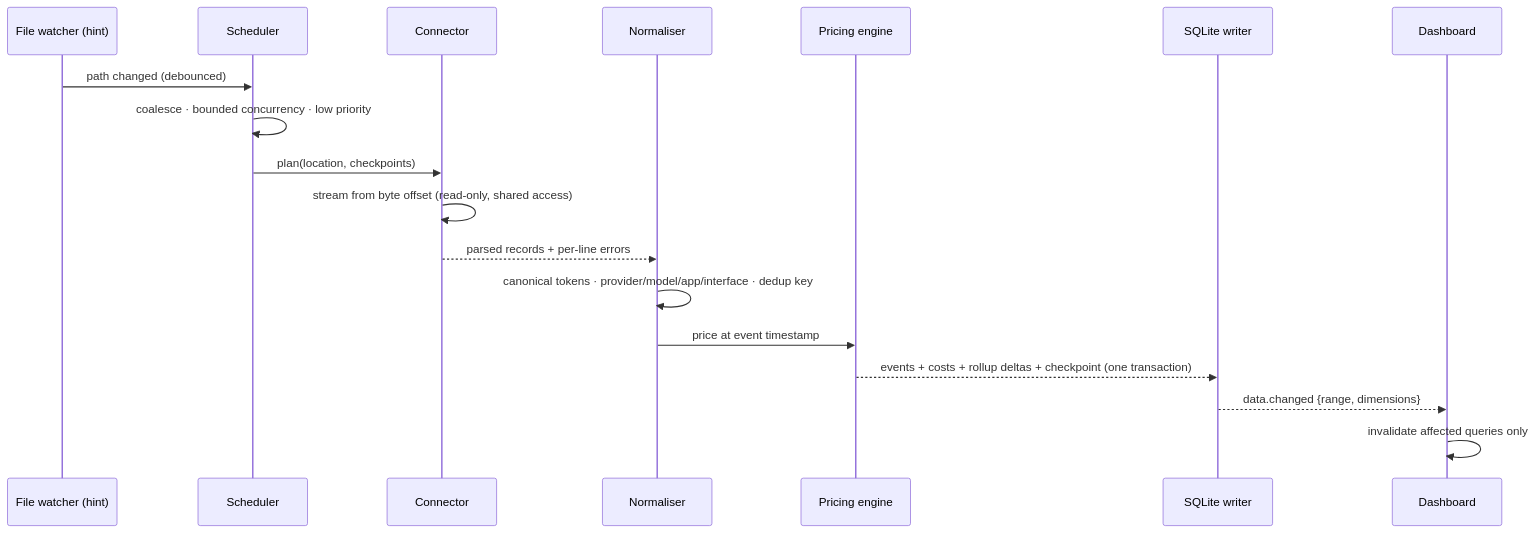
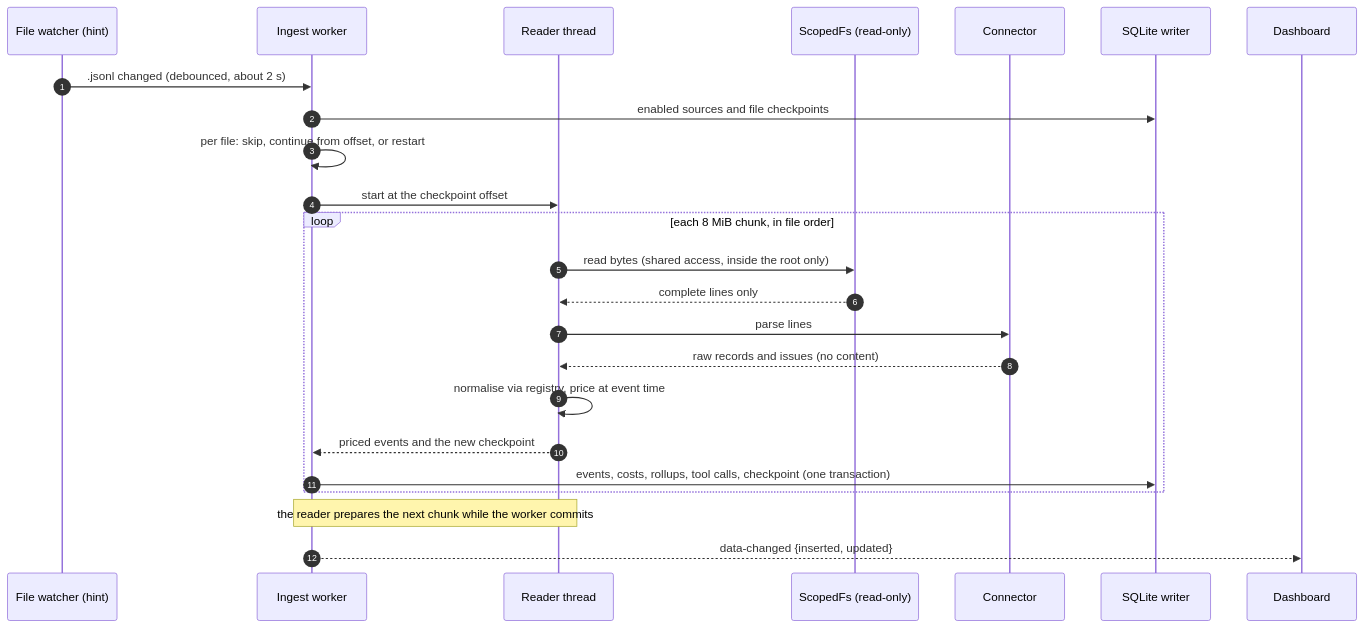
One commit to akanjb/VEYRA changed the eighth of 19 diagrams in README.md. Above: the diagram before and after it, drawn with Mermaid. The commit also changed other lines of this file and 6 other files, not shown here.

````diff
--- a/README.md
+++ b/README.md
@@ -311,20 +334,26 @@
 ```mermaid
 sequenceDiagram
+  autonumber
   participant W as File watcher (hint)
-  participant S as Scheduler
+  participant K as Ingest worker
+  participant R as Reader thread
+  participant FS as ScopedFs (read-only)
   participant C as Connector
-  participant N as Normaliser
-  participant P as Pricing engine
   participant DB as SQLite writer
   participant UI as Dashboard
-  W->>S: path changed (debounced)
-  S->>S: coalesce · bounded concurrency · low priority
-  S->>C: plan(location, checkpoints)
-  C->>C: stream from byte offset (read-only, shared access)
-  C-->>N: parsed records + per-line errors
-  N->>N: canonical tokens · provider/model/app/interface · dedup key
-  N->>P: price at event timestamp
-  P-->>DB: events + costs + rollup deltas + checkpoint (one transaction)
-  DB-->>UI: data.changed {range, dimensions}
-  UI->>UI: invalidate affected queries only
+  W->>K: .jsonl changed (debounced, about 2 s)
+  K->>DB: enabled sources and file checkpoints
+  K->>K: per file: skip, continue from offset, or restart
+  K->>R: start at the checkpoint offset
+  loop each 8 MiB chunk, in file order
+    R->>FS: read bytes (shared access, inside the root only)
+    FS-->>R: complete lines only
+    R->>C: parse lines
+    C-->>R: raw records and issues (no content)
+    R->>R: normalise via registry, price at event time
+    R-->>K: priced events and the new checkpoint
+    K->>DB: events, costs, rollups, tool calls, checkpoint (one transaction)
+  end
+  Note over R,K: the reader prepares the next chunk while the worker commits
+  K-->>UI: data-changed {inserted, updated}
 ```
````
